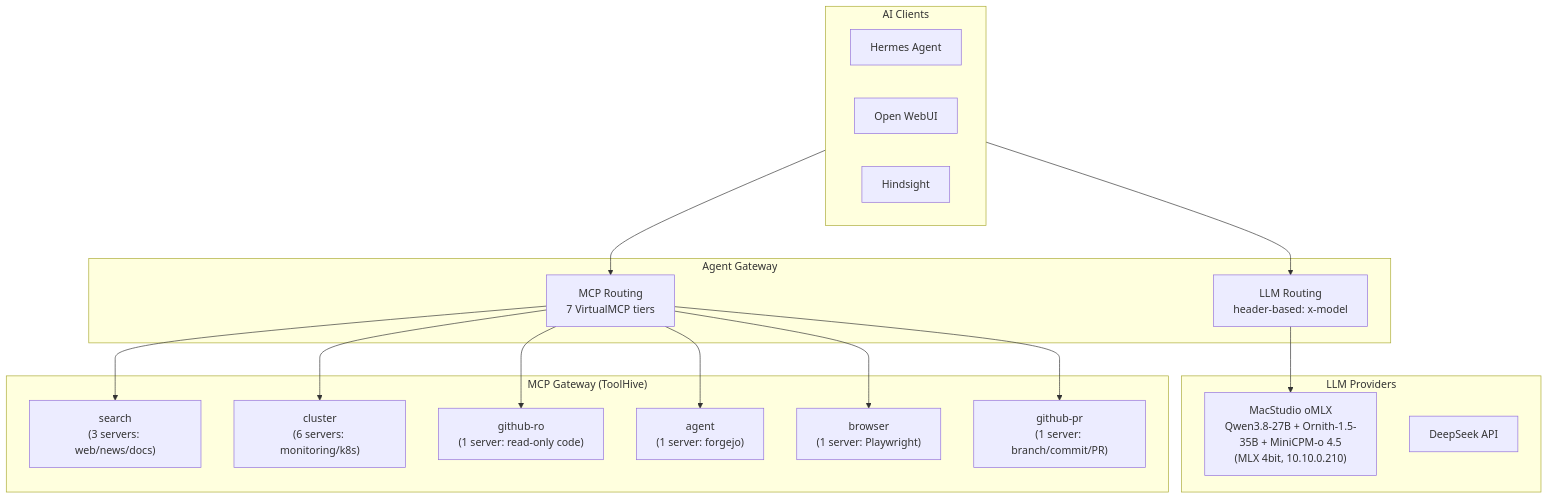
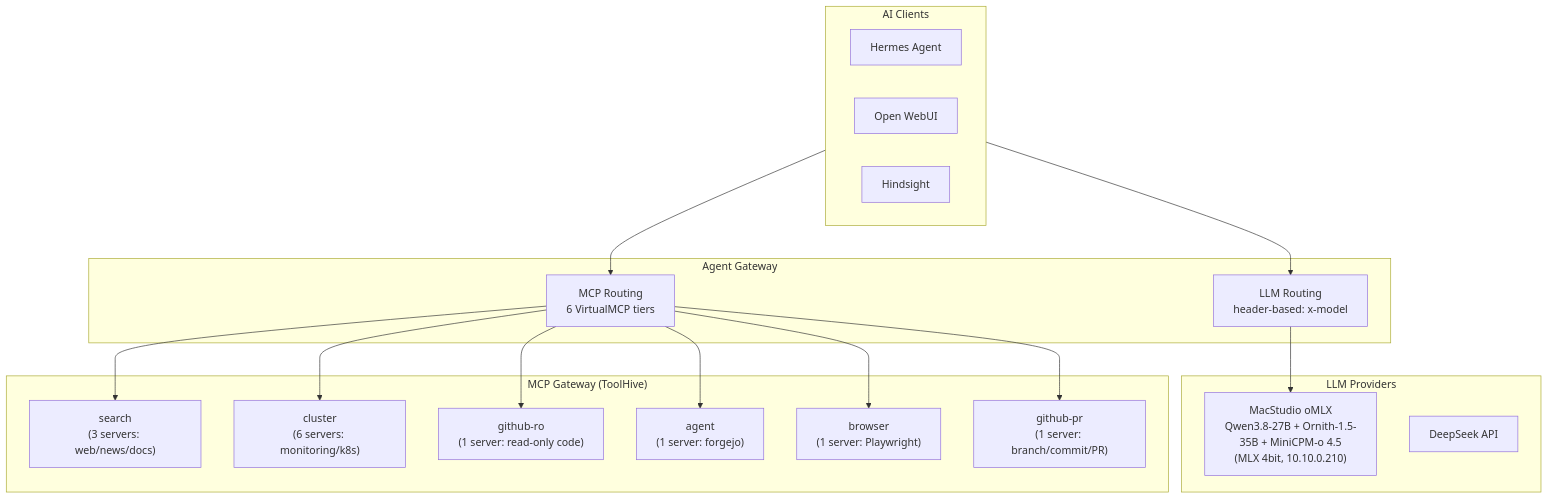
Before and after one commit to soulwhisper/home-ops: the diagram in docs/application/ai.md, drawn with Mermaid. The commit also changed other lines of this file and 2 other files, not shown here.

Commit message:
docs(hindsight): correct the MCP tier and definition counts
Seven VirtualMCP groups become six (persona retired), the mcp index selects 11
definition files declaring 12 child Kustomizations, and the servitor-apps and
MCP definition totals follow.

````diff
--- a/docs/application/ai.md
+++ b/docs/application/ai.md
@@ -8,37 +8,37 @@
 ```mermaid
 flowchart TB
     subgraph Clients["AI Clients"]
         Hermes["Hermes Agent"]
         OWUI["Open WebUI"]
         HS["Hindsight"]
     end
 
     subgraph Gateway["Agent Gateway"]
         AG-LLM["LLM Routing<br/>header-based: x-model"]
-        AG-MCP["MCP Routing<br/>7 VirtualMCP tiers"]
+        AG-MCP["MCP Routing<br/>6 VirtualMCP tiers"]
     end
 
     subgraph LLM["LLM Providers"]
         Studio["MacStudio oMLX<br/>Qwen3.8-27B + Ornith-1.5-35B + MiniCPM-o 4.5<br/>(MLX 4bit, 10.10.0.210)"]
         External["DeepSeek API"]
     end
 
     subgraph MCP["MCP Gateway (ToolHive)"]
         VMCP-SEARCH["search<br/>(3 servers: web/news/docs)"]
         VMCP-CLUSTER["cluster<br/>(6 servers: monitoring/k8s)"]
         VMCP-GITHUBRO["github-ro<br/>(1 server: read-only code)"]
         VMCP-AGENT["agent<br/>(1 server: forgejo)"]
         VMCP-BROWSER["browser<br/>(1 server: Playwright)"]
         VMCP-GITHUBPR["github-pr<br/>(1 server: branch/commit/PR)"]
     end
 
     Clients --> AG-LLM
     Clients --> AG-MCP
     AG-LLM --> Studio
     AG-MCP --> VMCP-SEARCH
     AG-MCP --> VMCP-CLUSTER
     AG-MCP --> VMCP-GITHUBRO
     AG-MCP --> VMCP-AGENT
     AG-MCP --> VMCP-BROWSER
     AG-MCP --> VMCP-GITHUBPR
 ```
````
